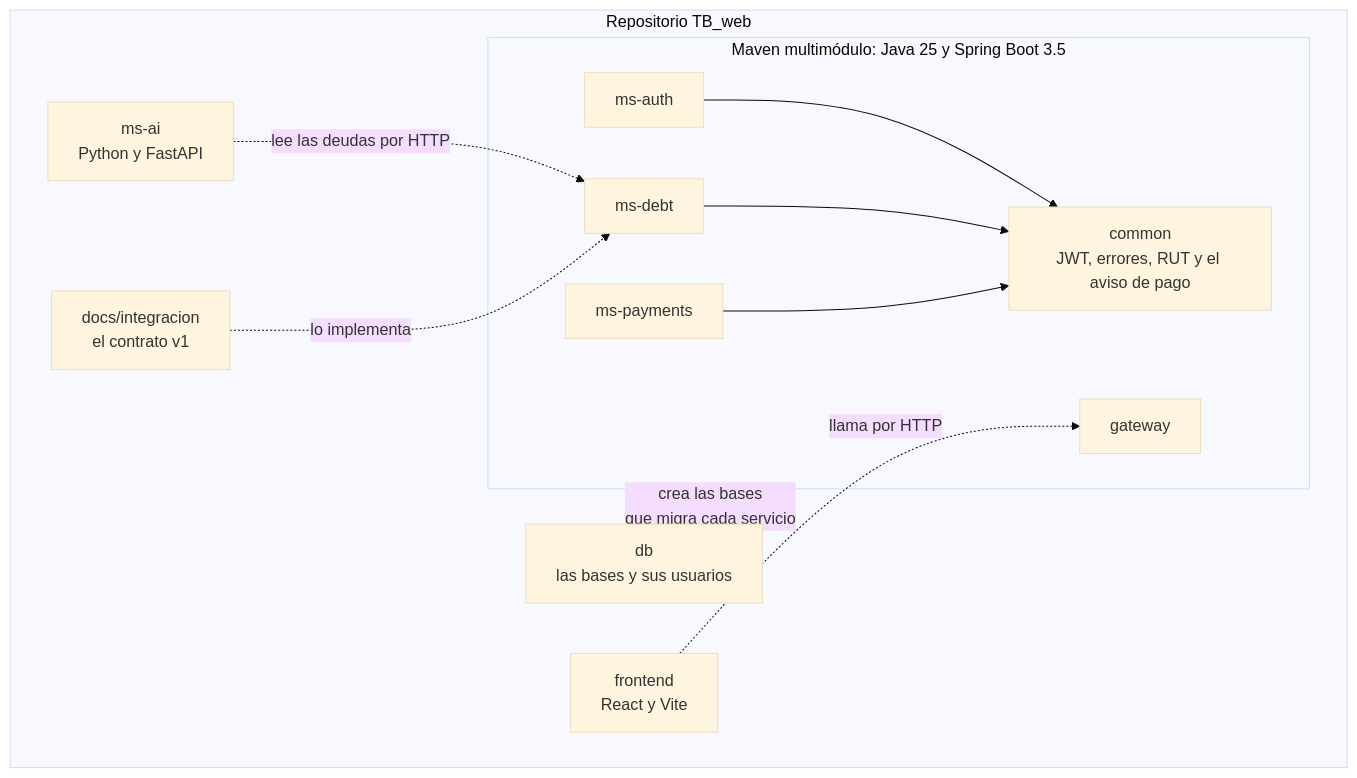
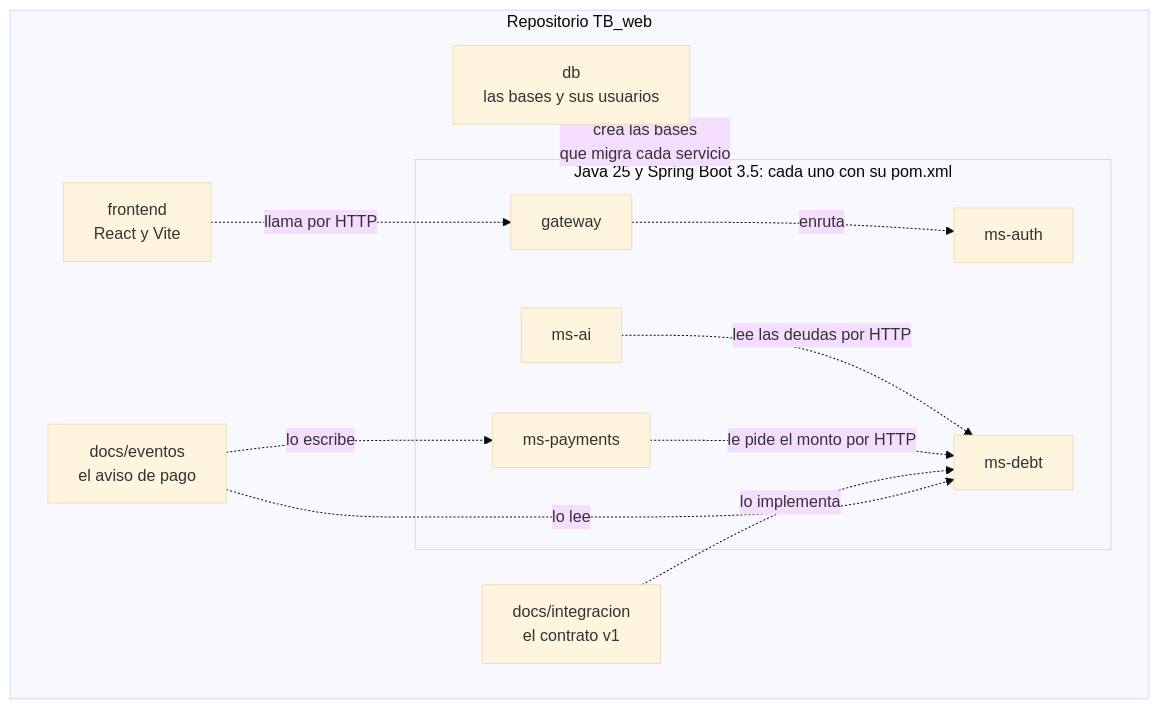
Before and after one commit to TechnicalBridge/TB_web: diagram 13 of 15 in README.md, drawn with Mermaid (base theme). The commit also changed other lines of this file, not shown here.

Commit message:
docs: Poner al día las vistas 4+1 con lo que cambió desde el 7 de octubre

````diff
--- a/README.md
+++ b/README.md
@@ -1285,23 +1291,24 @@
 ```mermaid
 flowchart TB
     subgraph REPO["Repositorio TB_web"]
-        subgraph MVN["Maven multimódulo: Java 25 y Spring Boot 3.5"]
-            COMMON["common<br/>JWT, errores, RUT y el aviso de pago"]
+        subgraph JAVA["Java 25 y Spring Boot 3.5: cada uno con su pom.xml"]
             AUTH["ms-auth"]
             DEBT["ms-debt"]
             PAY["ms-payments"]
+            AI["ms-ai"]
             GWY["gateway"]
         end
-        AI["ms-ai<br/>Python y FastAPI"]
         FE["frontend<br/>React y Vite"]
         DOCS["docs/integracion<br/>el contrato v1"]
+        EVT["docs/eventos<br/>el aviso de pago"]
         DBD["db<br/>las bases y sus usuarios"]
     end
-    AUTH --> COMMON
-    DEBT --> COMMON
-    PAY --> COMMON
     FE -. "llama por HTTP" .-> GWY
+    GWY -. "enruta" .-> AUTH
     AI -. "lee las deudas por HTTP" .-> DEBT
+    PAY -. "le pide el monto por HTTP" .-> DEBT
     DOCS -. "lo implementa" .-> DEBT
-    DBD -. "crea las bases<br/>que migra cada servicio" .-> MVN
+    EVT -. "lo escribe" .-> PAY
+    EVT -. "lo lee" .-> DEBT
+    DBD -. "crea las bases<br/>que migra cada servicio" .-> JAVA
 ```
````
